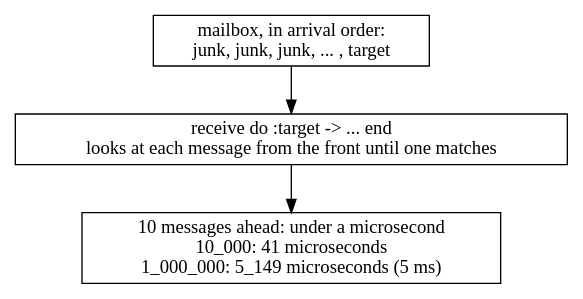
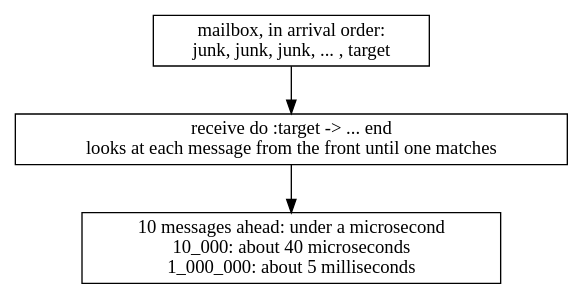
One commit to danceinthefake/visualixir changed the diagram in docs/diagrams/genservers/uth-mailbox.dot. Above: the diagram before and after it, drawn with Graphviz. The commit also changed 37 other files, not shown here.

```diff
--- a/docs/diagrams/genservers/uth-mailbox.dot
+++ b/docs/diagrams/genservers/uth-mailbox.dot
@@ -1,7 +1,7 @@
 digraph mailbox {
   node [shape=box]
   mb [label="mailbox, in arrival order:\njunk, junk, junk, ... , target"]
   scan [label="receive do :target -> ... end\nlooks at each message from the front until one matches" class=hl]
-  t [label="10 messages ahead: under a microsecond\n10_000: 41 microseconds\n1_000_000: 5_149 microseconds (5 ms)"]
+  t [label="10 messages ahead: under a microsecond\n10_000: about 40 microseconds\n1_000_000: about 5 milliseconds"]
   mb -> scan -> t
 }
```
